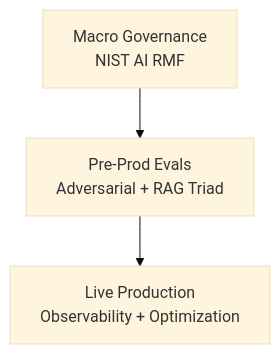
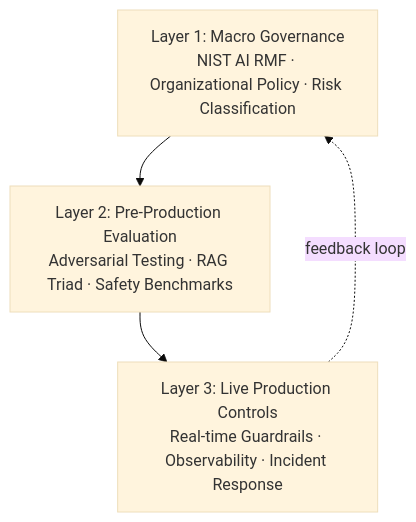
The first of 3 diagrams in cookbook-site/docs/03-defense-in-depth.md (ashishpatel26/QA-For-AI-Product), drawn with Mermaid (base theme) before and after one commit. The commit also changed other lines of this file and 16 other files, not shown here.

````diff
--- a/cookbook-site/docs/03-defense-in-depth.md
+++ b/cookbook-site/docs/03-defense-in-depth.md
@@ -5,5 +16,9 @@
 ```mermaid
 flowchart TB
-  A[Macro Governance\nNIST AI RMF] --> B[Pre-Prod Evals\nAdversarial + RAG Triad]
-  B --> C[Live Production\nObservability + Optimization]
+  A[Layer 1: Macro Governance\nNIST AI RMF · Organizational Policy · Risk Classification] 
+  B[Layer 2: Pre-Production Evaluation\nAdversarial Testing · RAG Triad · Safety Benchmarks]
+  C[Layer 3: Live Production Controls\nReal-time Guardrails · Observability · Incident Response]
+
+  A --> B --> C
+  C -.feedback loop.-> A
 ```
````
